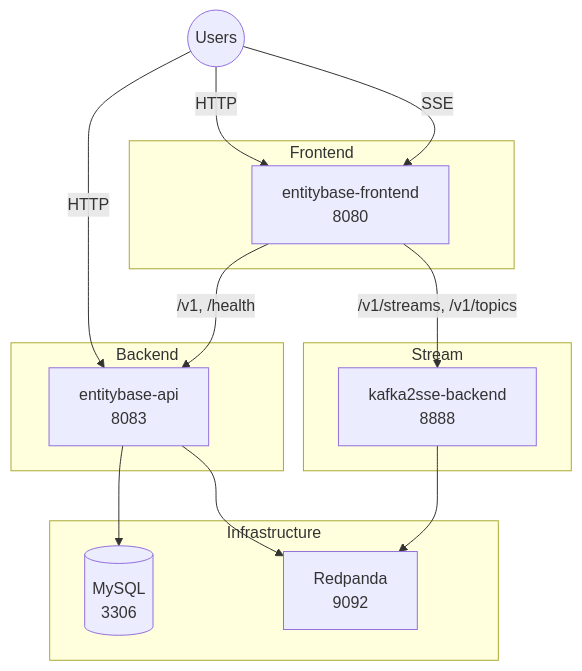
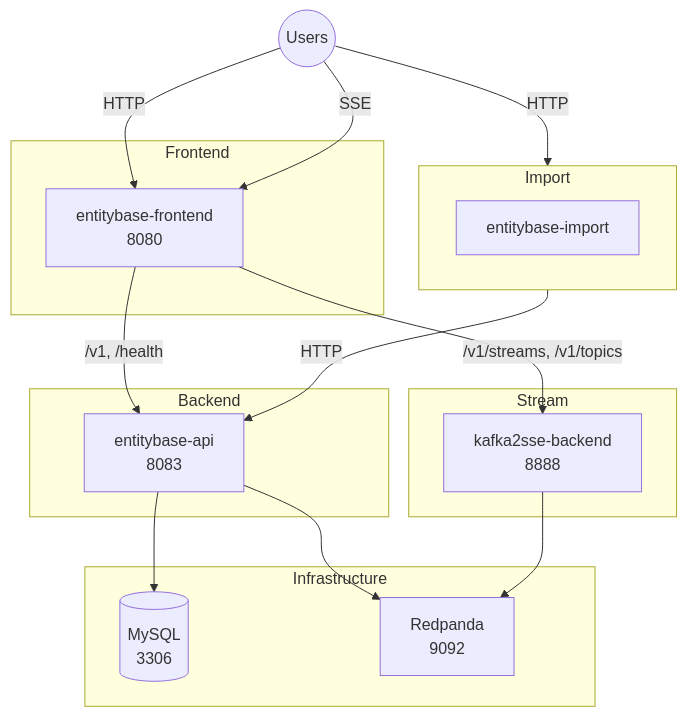
One commit to Entitybasedev/entitybase-monorepo changed the diagram in docs/index.md. Above: the diagram before and after it, drawn with Mermaid. The commit also changed other lines of this file and 21 other files, not shown here.

````diff
--- a/docs/index.md
+++ b/docs/index.md
@@ -9,33 +9,39 @@
 ```mermaid
 flowchart TB
     subgraph Infrastructure
         MySQL[(MySQL<br/>3306)]
         Redpanda[Redpanda<br/>9092]
+    end
+
+    subgraph Import
+        IMP[entitybase-import]
     end
 
     subgraph Backend
         API[entitybase-api<br/>8083]
     end
 
     subgraph Stream
         SSE_BE[kafka2sse-backend<br/>8888]
     end
 
     subgraph Frontend
         UI[entitybase-frontend<br/>8080]
     end
 
     Users((Users))
 
     Users -->|HTTP| UI
-    Users -->|HTTP| API
+    Users -->|HTTP| Import
     Users -->|SSE| UI
+
+    Import -->|HTTP| API
 
     UI -->|/v1, /health| API
     UI -->|/v1/streams, /v1/topics| SSE_BE
 
     API --> MySQL
     API --> Redpanda
 
     SSE_BE --> Redpanda
 ```
````
